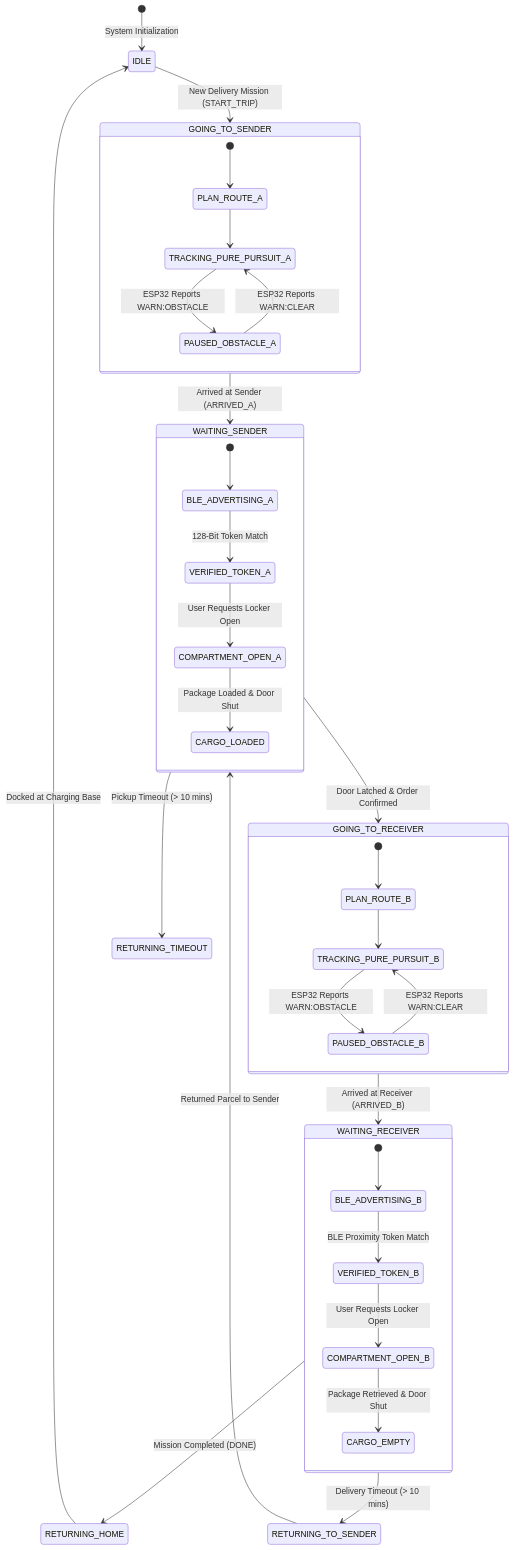
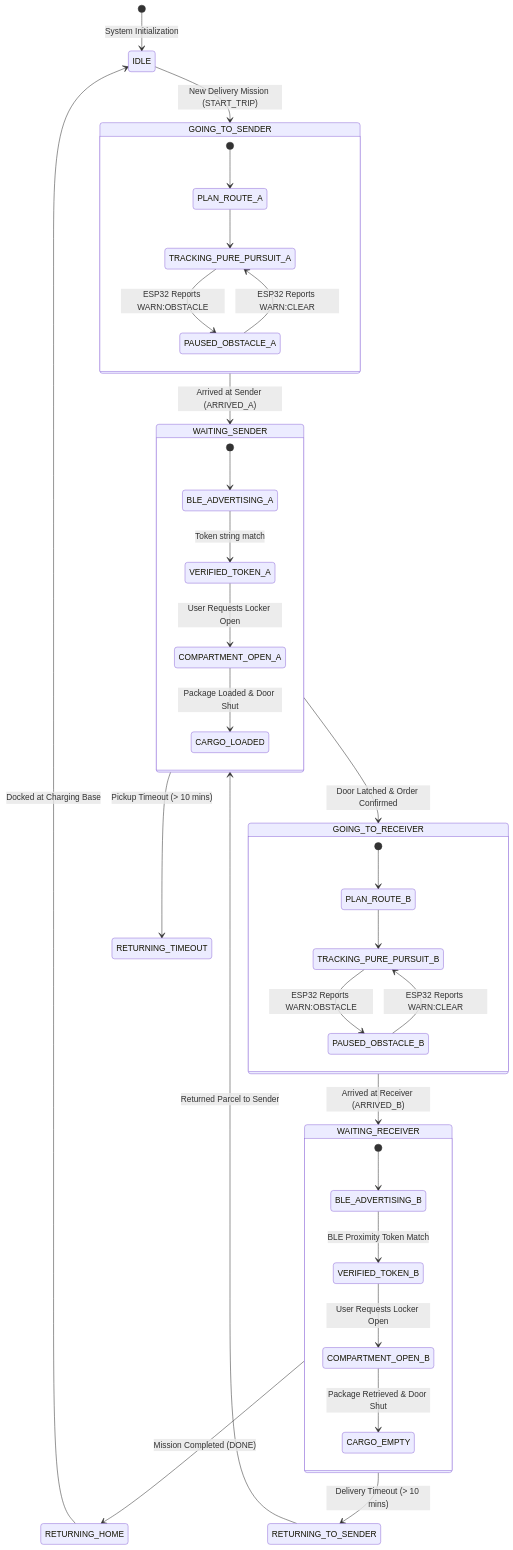
One commit to thanhwin1101/Autonomous-Delivery-Robot changed the first of 2 diagrams in README.md. Above: the diagram before and after it, drawn with Mermaid. The commit also changed other lines of this file and 4 other files, not shown here.

````diff
--- a/README.md
+++ b/README.md
@@ -196,47 +172,47 @@
 ```mermaid
 stateDiagram-v2
     [*] --> IDLE : System Initialization
     
     IDLE --> GOING_TO_SENDER : New Delivery Mission (START_TRIP)
     
     state GOING_TO_SENDER {
         [*] --> PLAN_ROUTE_A
         PLAN_ROUTE_A --> TRACKING_PURE_PURSUIT_A
         TRACKING_PURE_PURSUIT_A --> PAUSED_OBSTACLE_A : ESP32 Reports WARN:OBSTACLE
         PAUSED_OBSTACLE_A --> TRACKING_PURE_PURSUIT_A : ESP32 Reports WARN:CLEAR
     }
     
     GOING_TO_SENDER --> WAITING_SENDER : Arrived at Sender (ARRIVED_A)
     
     state WAITING_SENDER {
         [*] --> BLE_ADVERTISING_A
-        BLE_ADVERTISING_A --> VERIFIED_TOKEN_A : 128-Bit Token Match
+        BLE_ADVERTISING_A --> VERIFIED_TOKEN_A : Token string match
         VERIFIED_TOKEN_A --> COMPARTMENT_OPEN_A : User Requests Locker Open
         COMPARTMENT_OPEN_A --> CARGO_LOADED : Package Loaded & Door Shut
     }
     
     WAITING_SENDER --> GOING_TO_RECEIVER : Door Latched & Order Confirmed
     WAITING_SENDER --> RETURNING_TIMEOUT : Pickup Timeout (> 10 mins)
     
     state GOING_TO_RECEIVER {
         [*] --> PLAN_ROUTE_B
         PLAN_ROUTE_B --> TRACKING_PURE_PURSUIT_B
         TRACKING_PURE_PURSUIT_B --> PAUSED_OBSTACLE_B : ESP32 Reports WARN:OBSTACLE
         PAUSED_OBSTACLE_B --> TRACKING_PURE_PURSUIT_B : ESP32 Reports WARN:CLEAR
     }
     
     GOING_TO_RECEIVER --> WAITING_RECEIVER : Arrived at Receiver (ARRIVED_B)
     
     state WAITING_RECEIVER {
         [*] --> BLE_ADVERTISING_B
         BLE_ADVERTISING_B --> VERIFIED_TOKEN_B : BLE Proximity Token Match
         VERIFIED_TOKEN_B --> COMPARTMENT_OPEN_B : User Requests Locker Open
         COMPARTMENT_OPEN_B --> CARGO_EMPTY : Package Retrieved & Door Shut
     }
     
     WAITING_RECEIVER --> RETURNING_HOME : Mission Completed (DONE)
     WAITING_RECEIVER --> RETURNING_TO_SENDER : Delivery Timeout (> 10 mins)
     
     RETURNING_HOME --> IDLE : Docked at Charging Base
     RETURNING_TO_SENDER --> WAITING_SENDER : Returned Parcel to Sender
 ```
````
